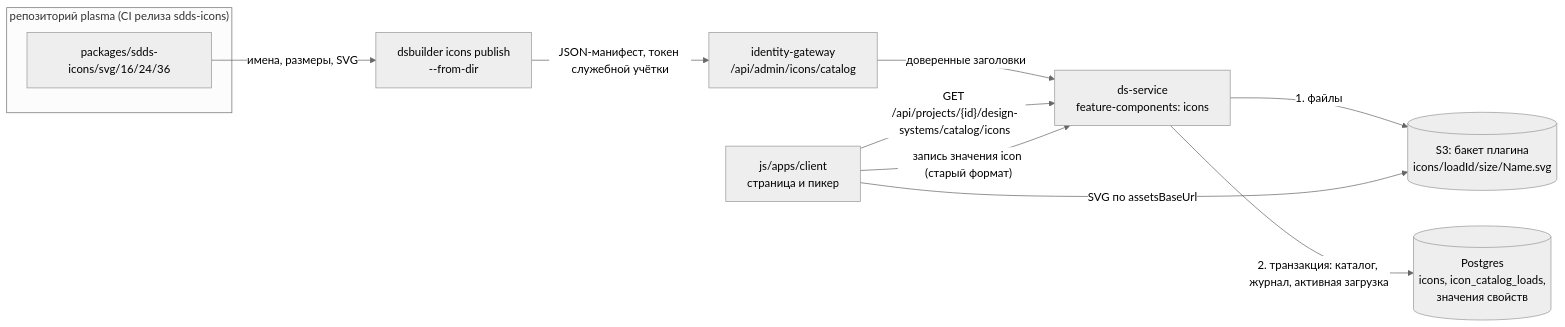
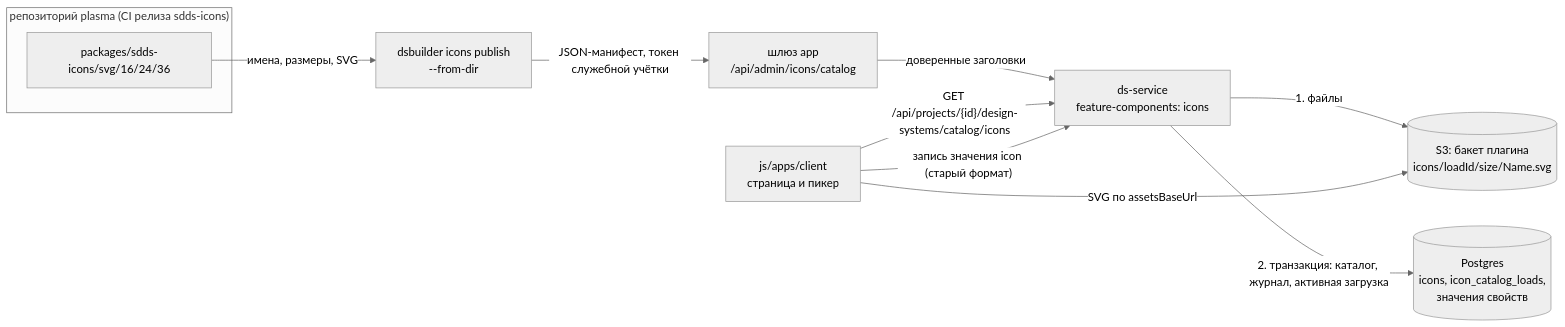
One commit to salute-developers/design-system-builder changed the first of 3 diagrams in openspec/changes/add-icon-catalog/design.md. Above: the diagram before and after it, drawn with Mermaid (neutral theme). The commit also changed other lines of this file and 4 other files, not shown here.

Commit message:
docs(openspec): add-icon-catalog — учёт замечаний ревью (шлюз app, allowlist SVG, запись через appearances)

````diff
--- a/openspec/changes/add-icon-catalog/design.md
+++ b/openspec/changes/add-icon-catalog/design.md
@@ -90,21 +90,21 @@
 ```mermaid
 flowchart LR
     subgraph plasma["репозиторий plasma (CI релиза sdds-icons)"]
         SVG["packages/sdds-icons/svg/16/24/36"]
     end
     CLI["dsbuilder icons publish<br/>--from-dir"]
-    GW["identity-gateway<br/>/api/admin/icons/catalog"]
+    GW["шлюз app<br/>/api/admin/icons/catalog"]
     DS["ds-service<br/>feature-components: icons"]
     PG[("Postgres<br/>icons, icon_catalog_loads,<br/>значения свойств")]
     S3[("S3: бакет плагина<br/>icons/loadId/size/Name.svg")]
     UI["js/apps/client<br/>страница и пикер"]
 
     SVG -->|"имена, размеры, SVG"| CLI
     CLI -->|"JSON-манифест, токен служебной учётки"| GW
     GW -->|"доверенные заголовки"| DS
     DS -->|"1. файлы"| S3
     DS -->|"2. транзакция: каталог, журнал, активная загрузка"| PG
     UI -->|"GET /api/projects/{id}/design-systems/catalog/icons"| DS
     UI -->|"SVG по assetsBaseUrl"| S3
     UI -->|"запись значения icon (старый формат)"| DS
 ```
````
